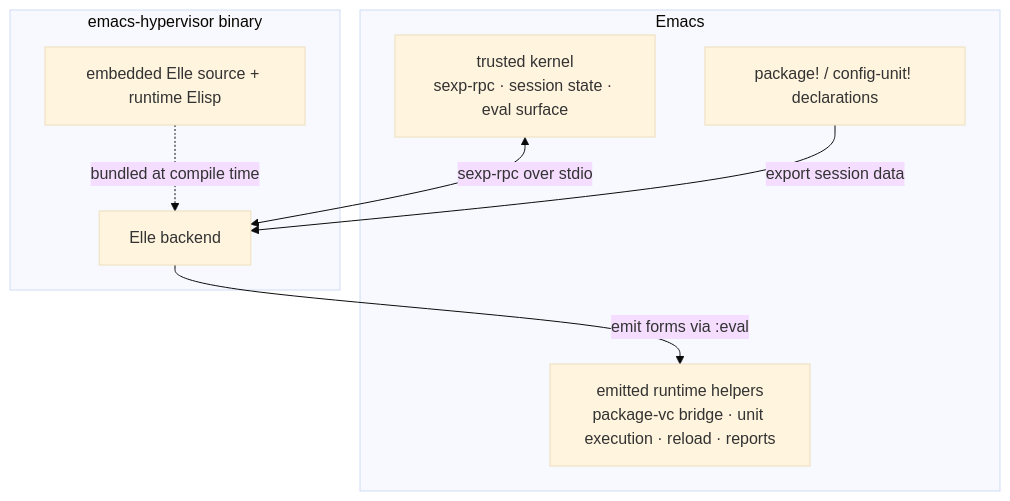
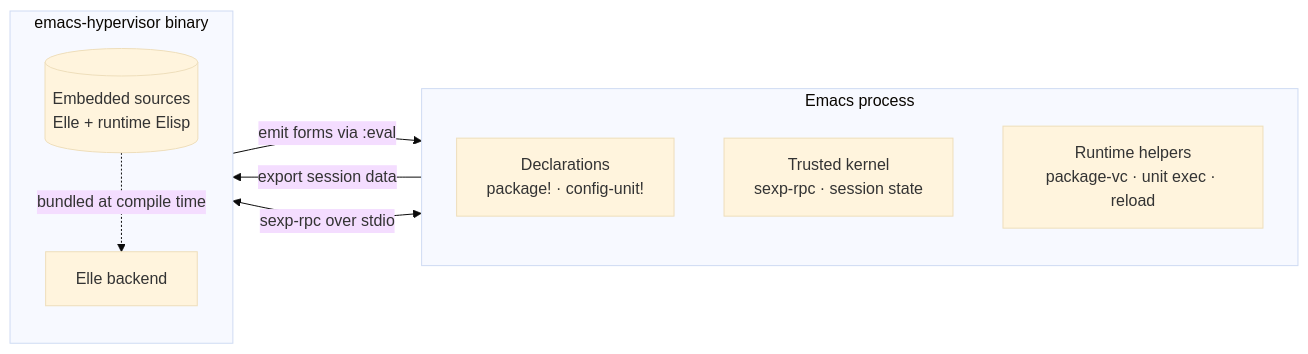
Before and after one commit to nohzafk/emacs-hypervisor: the first of 2 diagrams in docs/architecture.md, drawn with Mermaid (base theme). The commit also changed 23 other files, not shown here.

Commit message:
add mermaid extension

````diff
--- a/docs/architecture.md
+++ b/docs/architecture.md
@@ -38,18 +38,20 @@
 ```mermaid
-flowchart TD
-    subgraph Emacs
-        Kernel["trusted kernel<br/>sexp-rpc · session state · eval surface"]
-        Decls["package! / config-unit! declarations"]
-        Runtime["emitted runtime helpers<br/>package-vc bridge · unit execution · reload · reports"]
+flowchart LR
+    subgraph Emacs["Emacs process"]
+        direction TD
+        Decls["Declarations<br/>package! · config-unit!"]
+        Kernel["Trusted kernel<br/>sexp-rpc · session state"]
+        Runtime["Runtime helpers<br/>package-vc · unit exec · reload"]
     end
 
-    subgraph Binary["emacs-hypervisor binary"]
+    subgraph Hypervisor["emacs-hypervisor binary"]
+        direction TD
+        Embedded[("Embedded sources<br/>Elle + runtime Elisp")]
         Elle["Elle backend"]
-        Embedded["embedded Elle source + runtime Elisp"]
     end
 
-    Kernel <-- "sexp-rpc over stdio" --> Elle
-    Decls -- "export session data" --> Elle
-    Elle -- "emit forms via :eval" --> Runtime
-    Embedded -. "bundled at compile time" .-> Elle
+    Decls -->|export session data| Elle
+    Kernel <-->|sexp-rpc over stdio| Elle
+    Elle -->|emit forms via :eval| Runtime
+    Embedded -.->|bundled at compile time| Elle
 ```
````
